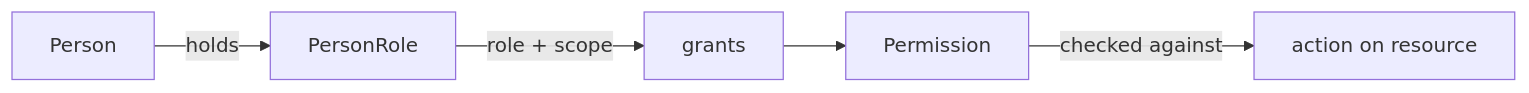
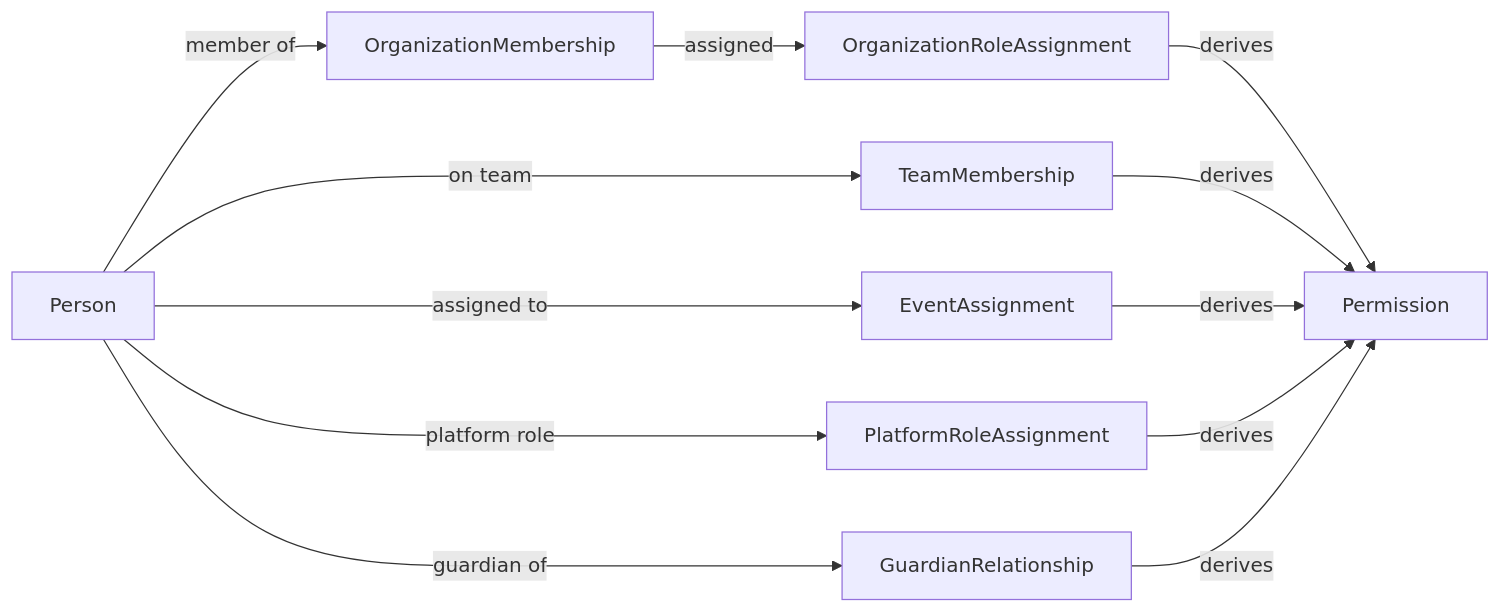
One commit to njaglobal/SportsOS changed the diagram in docs/architecture/authorization.md. Above: the diagram before and after it, drawn with Mermaid. The commit also changed other lines of this file and 43 other files, not shown here.

````diff
--- a/docs/architecture/authorization.md
+++ b/docs/architecture/authorization.md
@@ -24,7 +28,14 @@
 ```mermaid
 flowchart LR
-  Person -- holds --> PersonRole
-  PersonRole -- "role + scope" --> Grants["grants"]
-  Grants --> Permission
-  Permission -- "checked against" --> Action["action on resource"]
+  Person -- "member of" --> OrganizationMembership
+  OrganizationMembership -- "assigned" --> OrganizationRoleAssignment
+  OrganizationRoleAssignment -- "derives" --> Permission
+  Person -- "on team" --> TeamMembership
+  TeamMembership -- "derives" --> Permission
+  Person -- "assigned to" --> EventAssignment
+  EventAssignment -- "derives" --> Permission
+  Person -- "platform role" --> PlatformRoleAssignment
+  PlatformRoleAssignment -- "derives" --> Permission
+  Person -- "guardian of" --> GuardianRelationship
+  GuardianRelationship -- "derives" --> Permission
 ```
````
